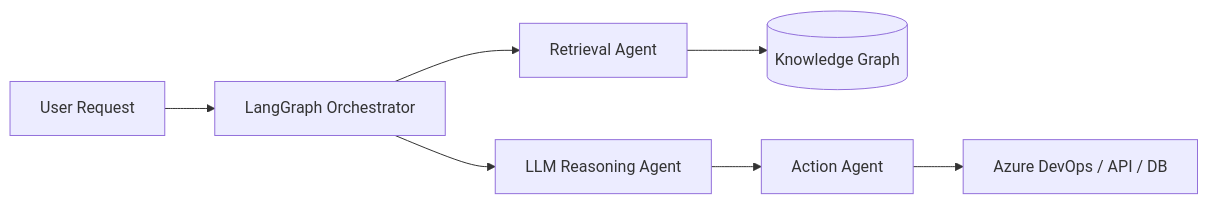
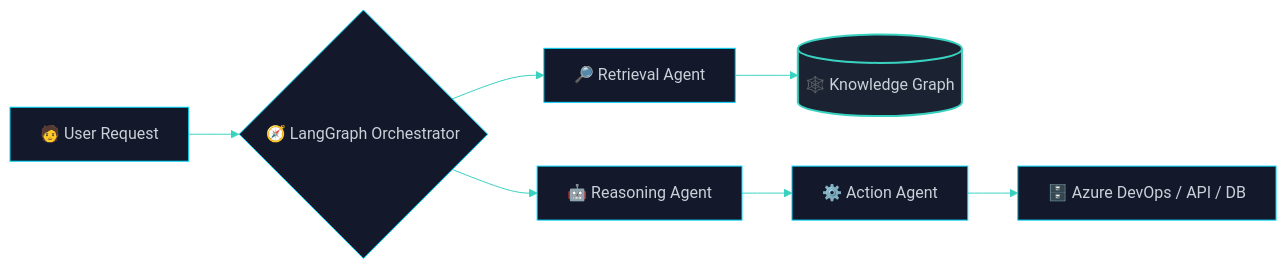
Before and after one commit to yessine18/yessine18: the second of 2 diagrams in README.md, drawn with Mermaid. The commit also changed other lines of this file, not shown here.

````diff
--- a/README.md
+++ b/README.md
@@ -68,9 +70,13 @@
 ```mermaid
+%%{init: {'theme':'base', 'themeVariables': {'primaryColor':'#13192B','primaryTextColor':'#C9D1D9','primaryBorderColor':'#00D9FF','lineColor':'#39D2C0','secondaryColor':'#1B2333','tertiaryColor':'#0B1120','fontFamily':'Fira Code, monospace'}}}%%
 flowchart LR
-    U[User Request] --> O[LangGraph Orchestrator]
-    O --> R[Retrieval Agent]
-    R --> K[(Knowledge Graph)]
-    O --> L[LLM Reasoning Agent]
-    L --> A[Action Agent]
-    A --> S[Azure DevOps / API / DB]
+    U["🧑 User Request"] --> O{"🧭 LangGraph Orchestrator"}
+    O --> R["🔎 Retrieval Agent"]
+    R --> K[("🕸️ Knowledge Graph")]
+    O --> L["🤖 Reasoning Agent"]
+    L --> AC["⚙️ Action Agent"]
+    AC --> S["🗄️ Azure DevOps / API / DB"]
+
+    classDef store fill:#1B2333,stroke:#39D2C0,stroke-width:2px,color:#C9D1D9;
+    class K store;
 ```
````
